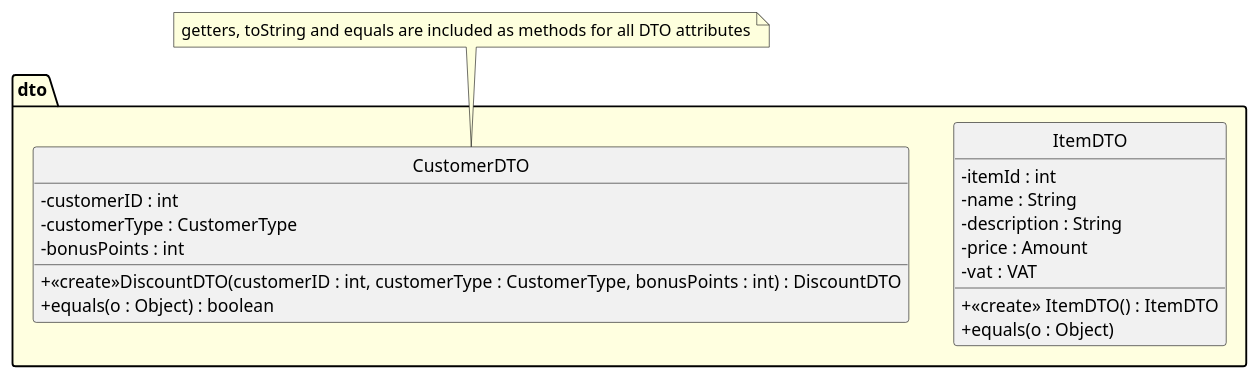
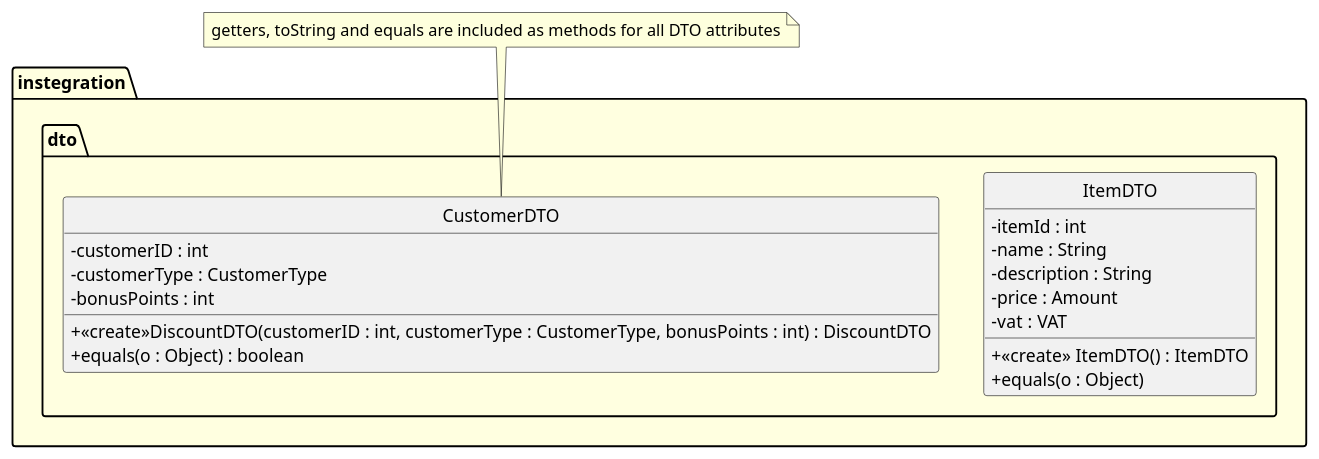
One commit to VincentFerrigan/kth-iv1350-object-oriented-design changed the fourth of 15 diagrams in uml/uml_v3.puml. Above: the diagram before and after it, drawn with PlantUML. The commit also changed other lines of this file, not shown here.

```diff
--- a/uml/uml_v3.puml
+++ b/uml/uml_v3.puml
@@ -481,32 +532,34 @@
 @startuml
 'title DTO
 ' //TODO Ska vi ha en customerDTO och customerDb?
 ' //TODO Ska DTO:erna flyttas till CD?
 hide circle
 skinparam ClassAttributeIconSize 0
 skinparam linetype ortho
 skinparam package {
     BackgroundColor LightYellow
 }
+package instegration {
     package dto {
         class ItemDTO{
             - itemId : int
             - name : String
             - description : String
             - price : Amount
             - vat : VAT
             +<<create>> ItemDTO() : ItemDTO
             + equals(o : Object)
         }
         class CustomerDTO{
 '            // TODO ska discount finnas med i SaleDTO?
             - customerID : int
             - customerType : CustomerType
             - bonusPoints : int
             +<<create>>DiscountDTO(customerID : int, customerType : CustomerType, bonusPoints : int) : DiscountDTO
             + equals(o : Object) : boolean
 '        note bottom : Attributes TBD based on Discount Rules.
         }
     }
+}
 note top: getters, toString and equals are included as methods for all DTO attributes
 @enduml
```
